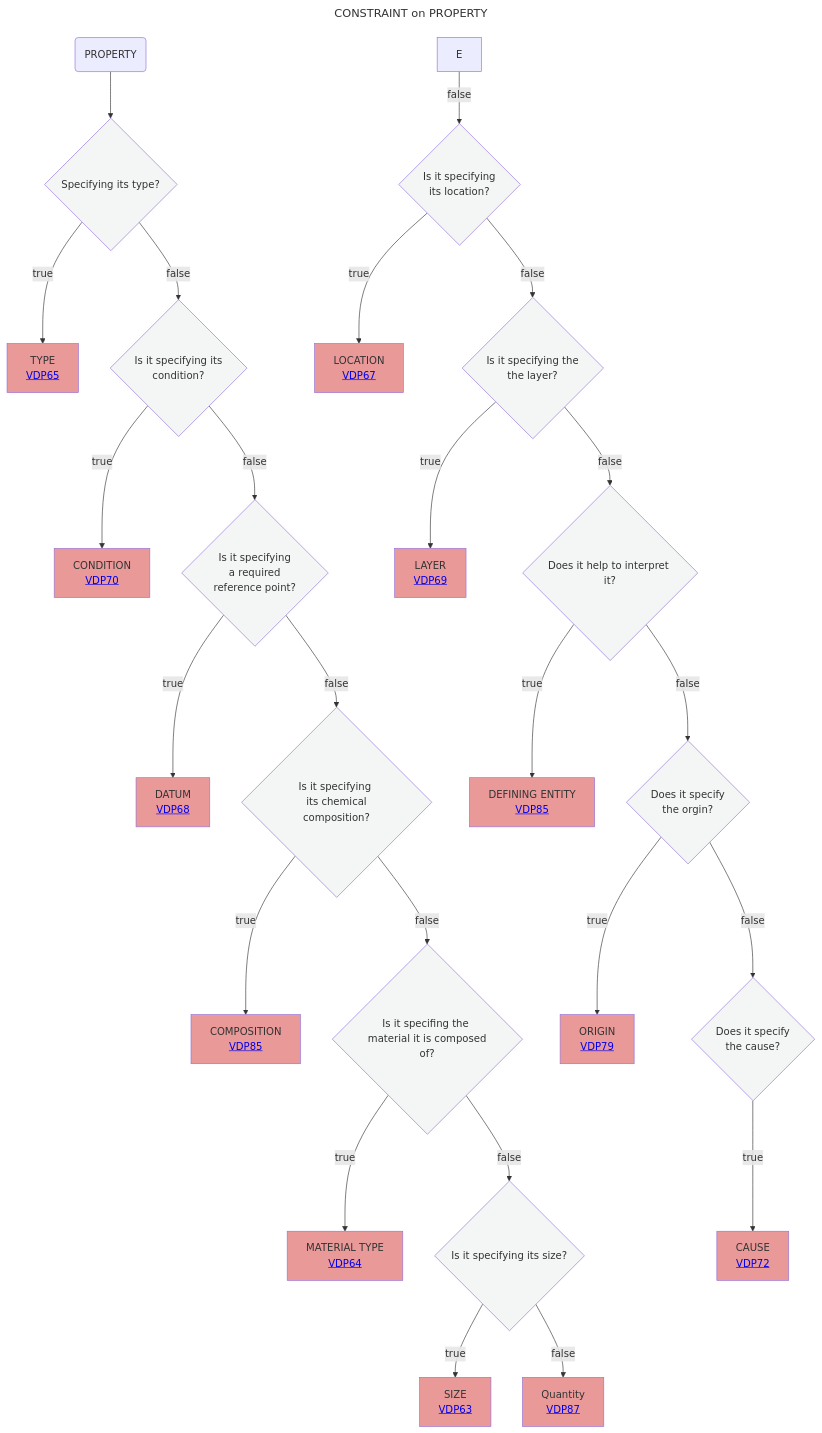
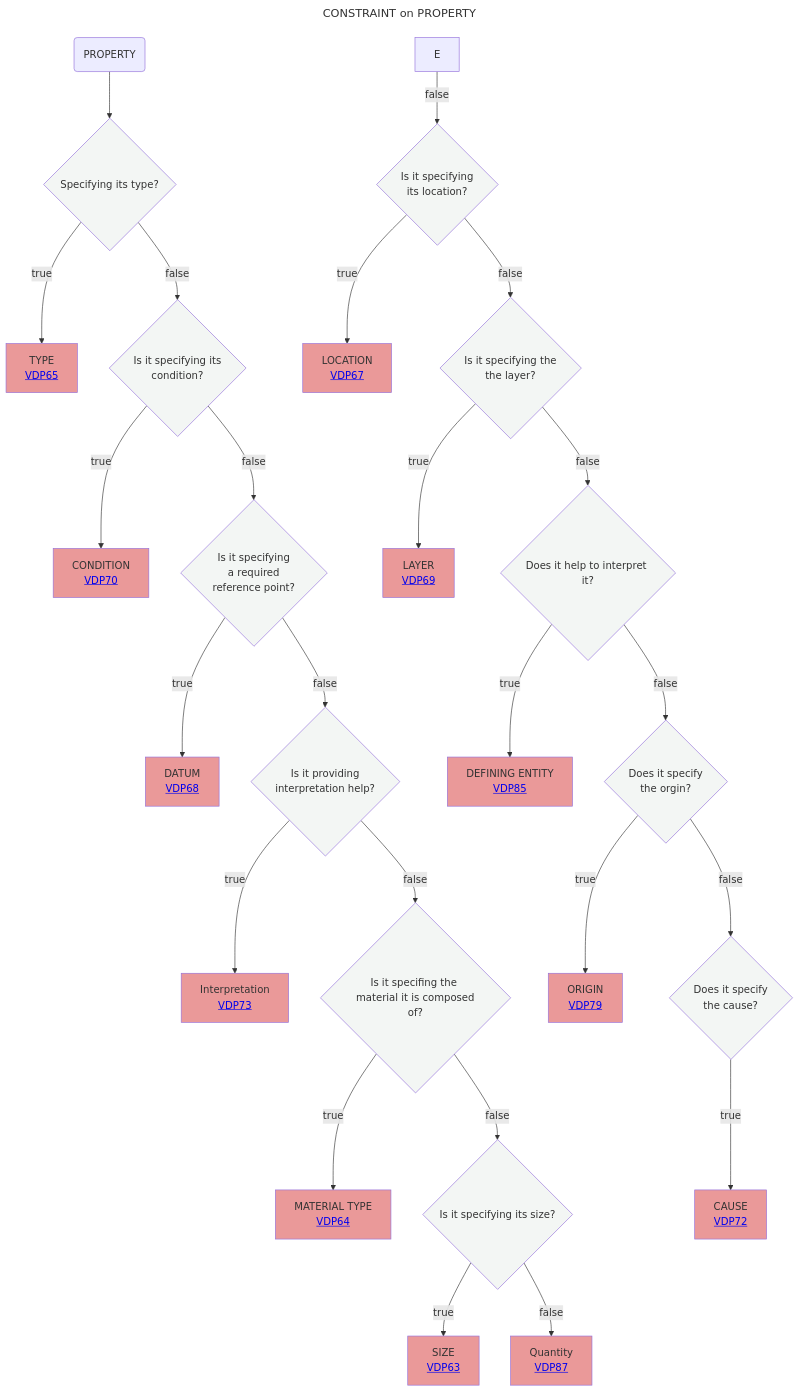
The diagram in Decisition_trees/DT9.mmd (mabablue/I-ADOPT-patterns-playground), drawn with Mermaid before and after one commit.

```diff
--- a/Decisition_trees/DT9.mmd
+++ b/Decisition_trees/DT9.mmd
@@ -1,32 +1,32 @@
 ---
 title: CONSTRAINT on PROPERTY
 ---
 flowchart TD
     A(PROPERTY)  --> B{Specifying its type?}:::white
     B --> |true|C[TYPE <br> <a href='https://github.com/mabablue/I-ADOPT-patterns-playground/blob/main/pattern/VDP65.yaml'>VDP65</a>]:::rose
     B --> |false|G{Is it specifying its <br> condition?}:::white
     E --> |false|R{Is it specifying <br> its location?}:::white
     G --> |true|H[CONDITION <br> <a href='https://github.com/mabablue/I-ADOPT-patterns-playground/blob/main/pattern/VDP70.yaml'>VDP70</a>]:::rose
     G --> |false|I{Is it specifying <br> a required <br> reference point?}:::white
     I --> |true|K[DATUM <br> <a href='https://github.com/mabablue/I-ADOPT-patterns-playground/blob/main/pattern/VDP68.yaml'>VDP68</a>]:::rose
-    I --> |false|L{Is it specifying <br> its chemical composition?}:::white
-    L --> |true|M[COMPOSITION <br> <a href='https://github.com/mabablue/I-ADOPT-patterns-playground/blob/main/pattern/VDP85.yaml'>VDP85</a>]:::rose
+    I --> |false|L{Is it providing <br> interpretation help?}:::white
+    L --> |true|M[Interpretation <br> <a href='https://github.com/mabablue/I-ADOPT-patterns-playground/blob/main/pattern/VDP73.yaml'>VDP73</a>]:::rose
     L --> |false|N{Is it specifing the <br> material it is composed of?}:::white
     N --> |true|O[MATERIAL TYPE <br> <a href='https://github.com/mabablue/I-ADOPT-patterns-playground/blob/main/pattern/VDP64.yaml'>VDP64</a>]:::rose
     N --> |false|P{Is it specifying its size?}:::white
     P --> |true|Q[SIZE <br> <a href='https://github.com/mabablue/I-ADOPT-patterns-playground/blob/main/pattern/VDP63.yaml'>VDP63</a>]:::rose
     P --> |false|QR[Quantity <br> <a href='https://github.com/mabablue/I-ADOPT-patterns-playground/blob/main/pattern/VDP87.yaml'>VDP87</a>]:::rose 
     R --> |true|S[LOCATION <br> <a href='https://github.com/mabablue/I-ADOPT-patterns-playground/blob/main/pattern/VDP67.yaml'>VDP67</a>]:::rose 
     R --> |false|T{Is it specifying the <br> the layer?}:::white
     T --> |true|U[LAYER <br> <a href='https://github.com/mabablue/I-ADOPT-patterns-playground/blob/main/pattern/VDP69.yaml'>VDP69</a>]:::rose
     T --> |false|V{Does it help to interpret it?}:::white
     V --> |true|W[DEFINING ENTITY <br> <a href='https://github.com/mabablue/I-ADOPT-patterns-playground/blob/main/pattern/VDP85.yaml'>VDP85</a>]:::rose
     V --> |false|VW{Does it specify <br> the orgin?}:::white
     VW --> |true|WV[ORIGIN <br> <a href='https://github.com/mabablue/I-ADOPT-patterns-playground/blob/main/pattern/VDP79.yaml'>VDP79</a>]:::rose
     VW --> |false|X{Does it specify <br> the cause?}:::white
     X --> |true|Y[CAUSE <br> <a href='https://github.com/mabablue/I-ADOPT-patterns-playground/blob/main/pattern/VDP72.yaml'>VDP72</a>]:::rose
    classDef blue fill:#90D5FF
    classDef satblue fill:#57B9FF 
    classDef white fill:#f3f6f4
    classDef green fill:#6aa84f
    classDef rose fill:#ea9999
```
